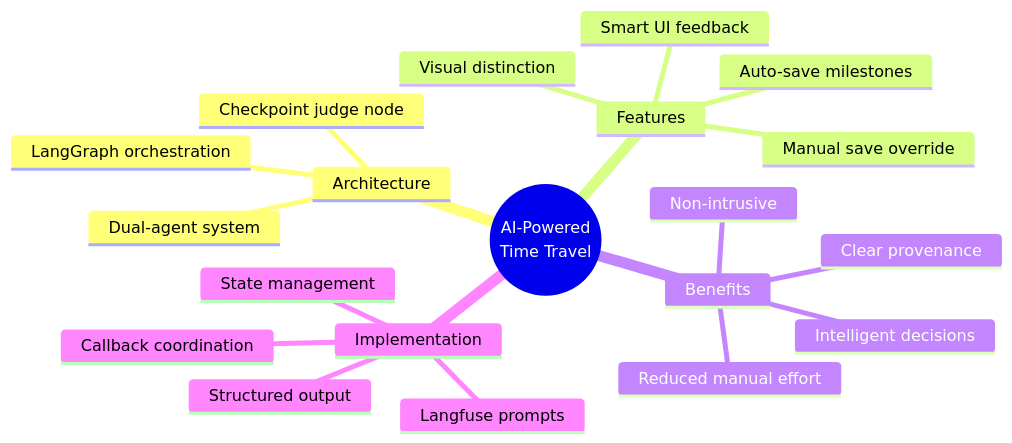
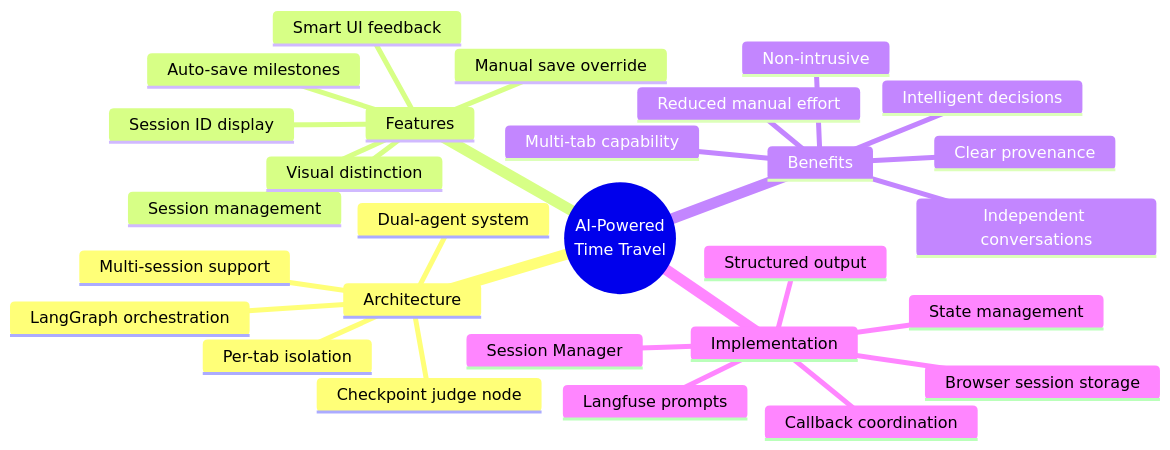
Diagram 24 of 24 in docs/TIME_TRAVEL.md (Panegyric0926/checkpoint), drawn with Mermaid before and after one commit. The commit also changed other lines of this file and 3 other files, not shown here.

Commit message:
add multi session support

````diff
--- a/docs/TIME_TRAVEL.md
+++ b/docs/TIME_TRAVEL.md
@@ -791,23 +932,31 @@
 ```mermaid
 mindmap
   root((AI-Powered<br/>Time Travel))
     Architecture
+      Multi-session support
+      Per-tab isolation
       LangGraph orchestration
       Checkpoint judge node
       Dual-agent system
     Features
+      Session management
       Auto-save milestones
       Manual save override
       Visual distinction
       Smart UI feedback
+      Session ID display
     Benefits
+      Multi-tab capability
+      Independent conversations
       Reduced manual effort
       Intelligent decisions
       Clear provenance
       Non-intrusive
     Implementation
+      Session Manager
       Langfuse prompts
       Structured output
       State management
       Callback coordination
+      Browser session storage
 ```
````
